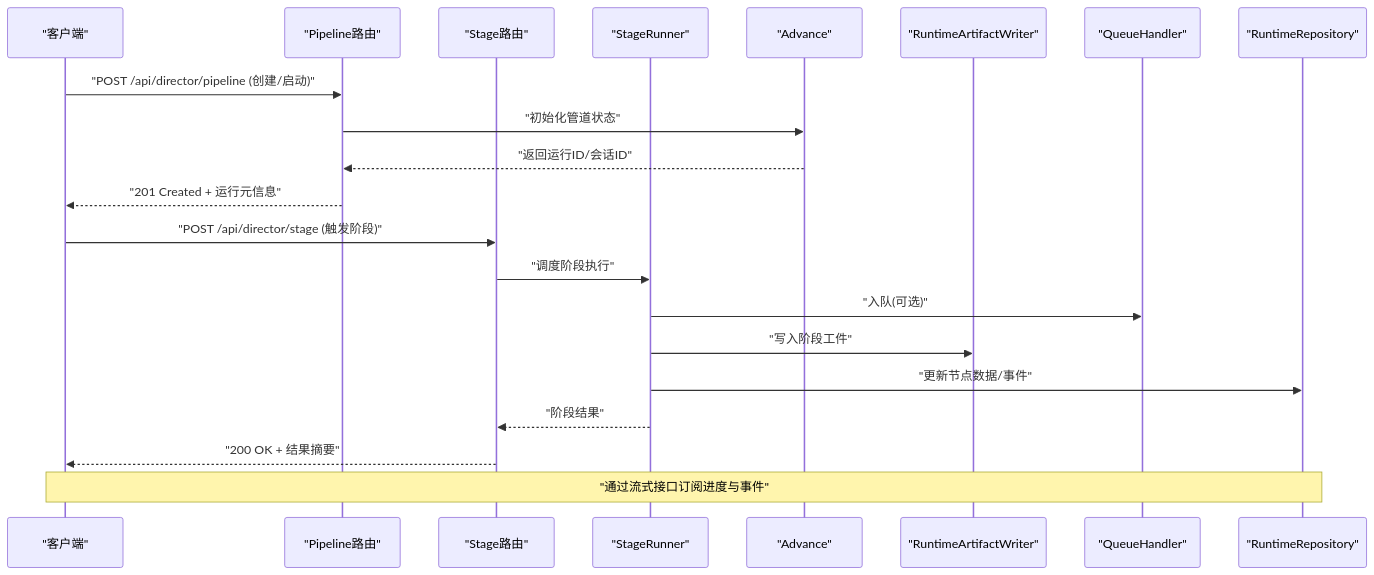
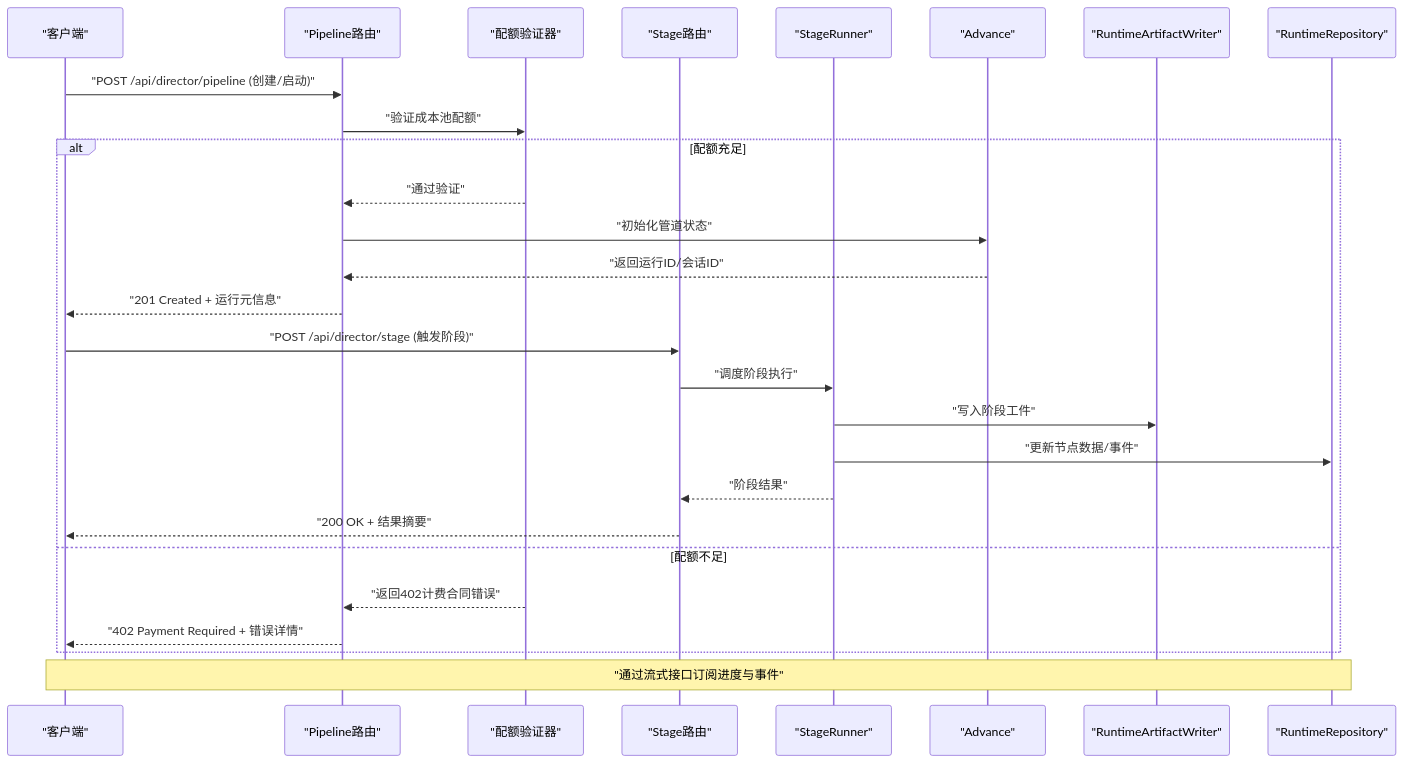
Before and after one commit to scottcwy/PurpleInk: the second of 11 diagrams in .qoder/repowiki/zh/content/API参考/导演系统API/管道编排API.md, drawn with Mermaid. The commit also changed other lines of this file and 48 other files, not shown here.

````diff
--- a/.qoder/repowiki/zh/content/API参考/导演系统API/管道编排API.md
+++ b/.qoder/repowiki/zh/content/API参考/导演系统API/管道编排API.md
@@ -132,23 +143,29 @@
 ```mermaid
 sequenceDiagram
 participant C as "客户端"
 participant P as "Pipeline路由"
+participant Q as "配额验证器"
 participant S as "Stage路由"
 participant R as "StageRunner"
 participant A as "Advance"
 participant W as "RuntimeArtifactWriter"
-participant Q as "QueueHandler"
 participant V as "RuntimeRepository"
 C->>P : "POST /api/director/pipeline (创建/启动)"
+P->>Q : "验证成本池配额"
+alt 配额充足
+Q-->>P : "通过验证"
 P->>A : "初始化管道状态"
 A-->>P : "返回运行ID/会话ID"
 P-->>C : "201 Created + 运行元信息"
 C->>S : "POST /api/director/stage (触发阶段)"
 S->>R : "调度阶段执行"
-R->>Q : "入队(可选)"
 R->>W : "写入阶段工件"
 R->>V : "更新节点数据/事件"
 R-->>S : "阶段结果"
 S-->>C : "200 OK + 结果摘要"
+else 配额不足
+Q-->>P : "返回402计费合同错误"
+P-->>C : "402 Payment Required + 错误详情"
+end
 Note over C,V : "通过流式接口订阅进度与事件"
 ```
````
